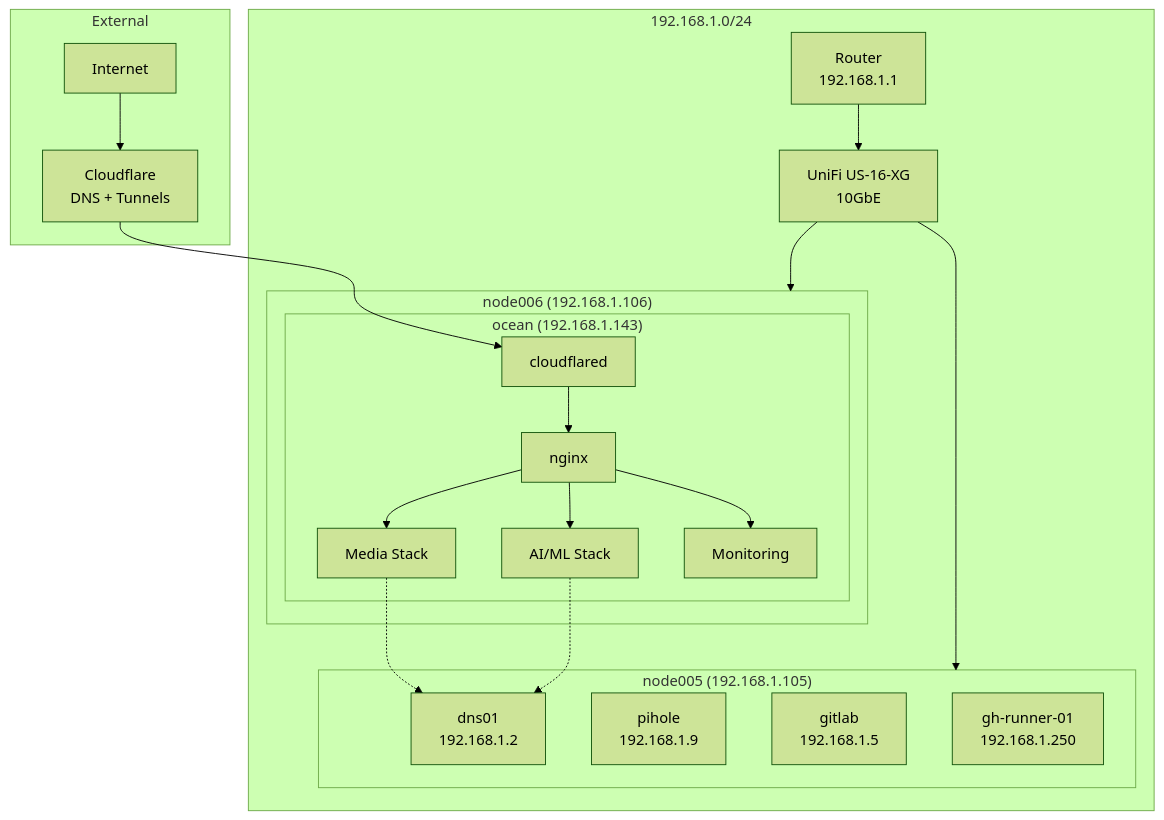
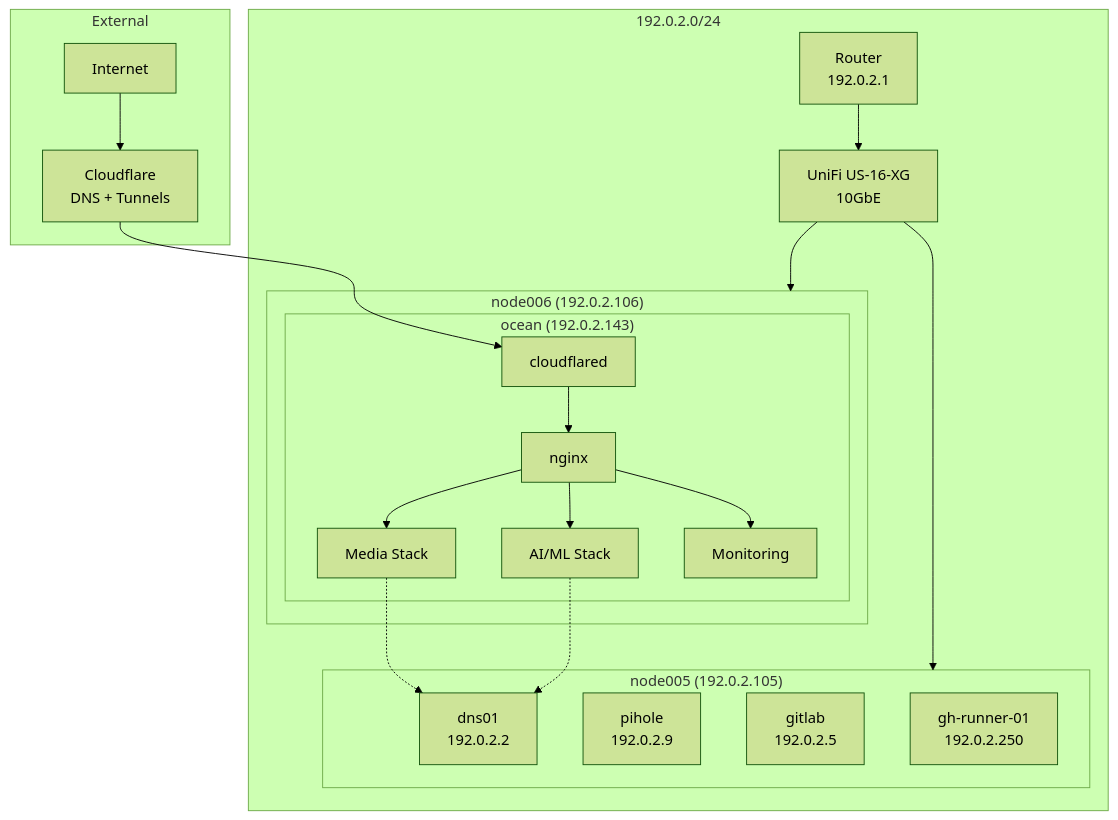
Before and after one commit to bluefishforsale/homelab: the diagram in docs/architecture/network-topology.md, drawn with Mermaid (forest theme). The commit also changed other lines of this file and 36 other files, not shown here.

````diff
--- a/docs/architecture/network-topology.md
+++ b/docs/architecture/network-topology.md
@@ -9,43 +9,43 @@
 ```mermaid
 graph TB
     subgraph External
         Internet[Internet]
         CF[Cloudflare<br/>DNS + Tunnels]
     end
     
-    subgraph Network["192.168.1.0/24"]
-        Router[Router<br/>192.168.1.1]
+    subgraph Network["192.0.2.0/24"]
+        Router[Router<br/>192.0.2.1]
         Switch[UniFi US-16-XG<br/>10GbE]
         
-        subgraph node005["node005 (192.168.1.105)"]
-            DNS[dns01<br/>192.168.1.2]
-            PiHole[pihole<br/>192.168.1.9]
-            GitLab[gitlab<br/>192.168.1.5]
-            Runner[gh-runner-01<br/>192.168.1.250]
+        subgraph node005["node005 (192.0.2.105)"]
+            DNS[dns01<br/>192.0.2.2]
+            PiHole[pihole<br/>192.0.2.9]
+            GitLab[gitlab<br/>192.0.2.5]
+            Runner[gh-runner-01<br/>192.0.2.250]
         end
         
-        subgraph node006["node006 (192.168.1.106)"]
-            subgraph ocean["ocean (192.168.1.143)"]
+        subgraph node006["node006 (192.0.2.106)"]
+            subgraph ocean["ocean (192.0.2.143)"]
                 CFT[cloudflared]
                 RP[nginx]
                 Media[Media Stack]
                 AI[AI/ML Stack]
                 Mon[Monitoring]
             end
         end
     end
     
     Internet --> CF
     CF --> CFT
     CFT --> RP
     RP --> Media
     RP --> AI
     RP --> Mon
     
     Router --> Switch
     Switch --> node005
     Switch --> node006
     
     Media -.-> DNS
     AI -.-> DNS
 ```
````
